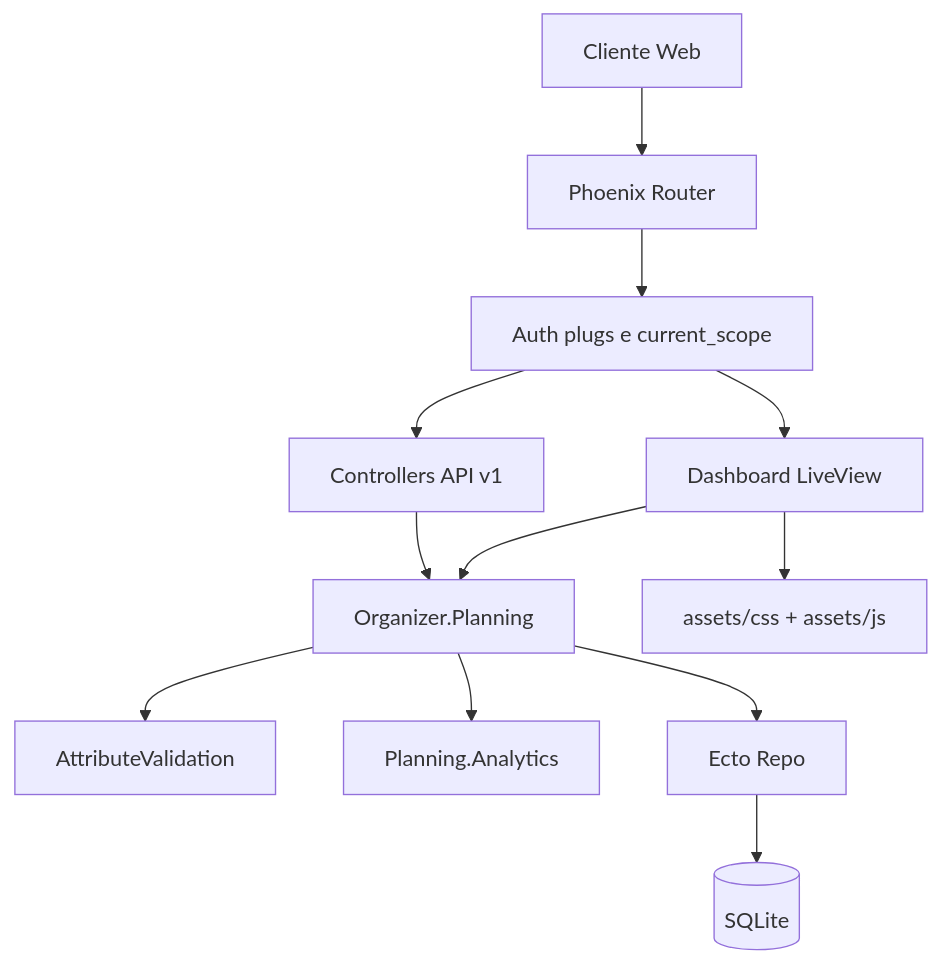
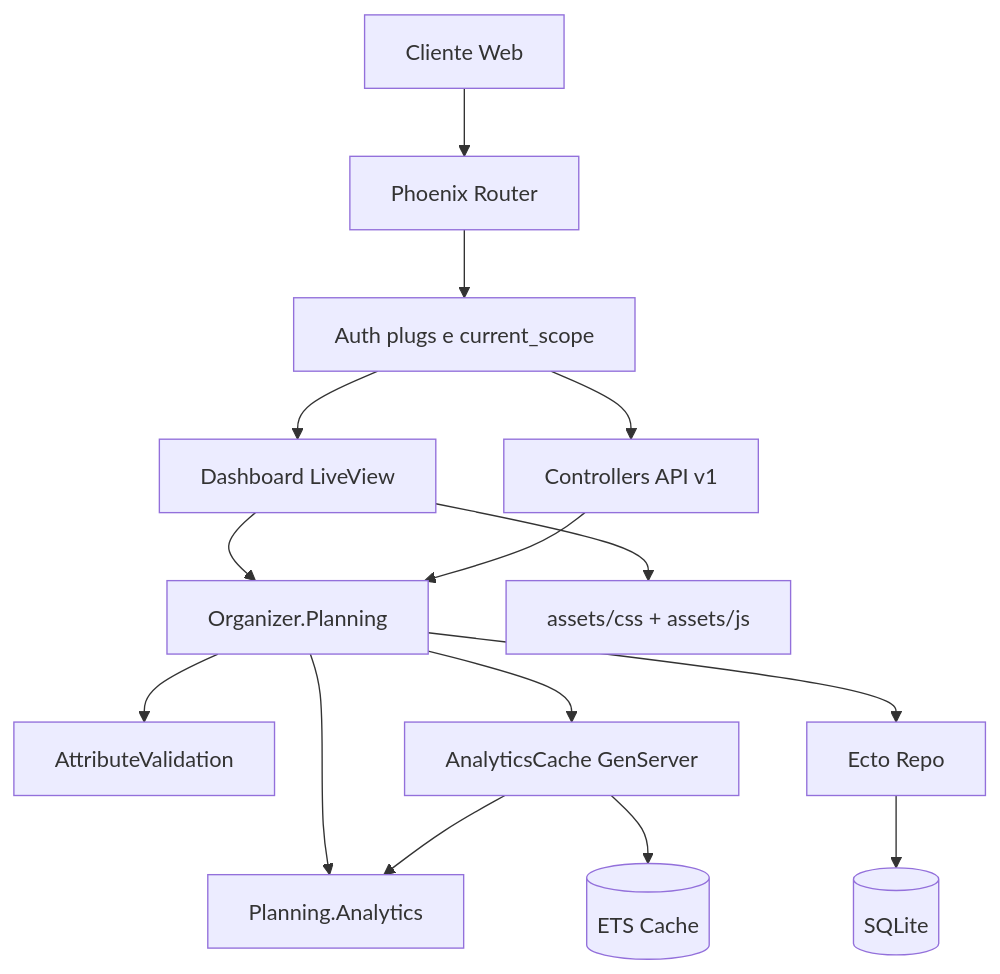
The diagram in README.md (Acauhi99/organizer), drawn with Mermaid before and after one commit. The commit also changed other lines of this file and 43 other files, not shown here.

````diff
--- a/README.md
+++ b/README.md
@@ -25,17 +26,21 @@
 ```mermaid
 flowchart TD
 		Browser[Cliente Web] --> Router[Phoenix Router]
 		Router --> AuthPlugs[Auth plugs e current_scope]
 		AuthPlugs --> Live[Dashboard LiveView]
 		AuthPlugs --> Api[Controllers API v1]
 
 		Live --> Planning[Organizer.Planning]
 		Api --> Planning
 
 		Planning --> Validation[AttributeValidation]
 		Planning --> Analytics[Planning.Analytics]
+		Planning --> Cache[AnalyticsCache GenServer]
 		Planning --> Repo[Ecto Repo]
 		Repo --> DB[(SQLite)]
 
+		Cache --> ETS[(ETS Cache)]
+		Cache --> Analytics
+
 		Live --> Assets[assets/css + assets/js]
 ```
````
